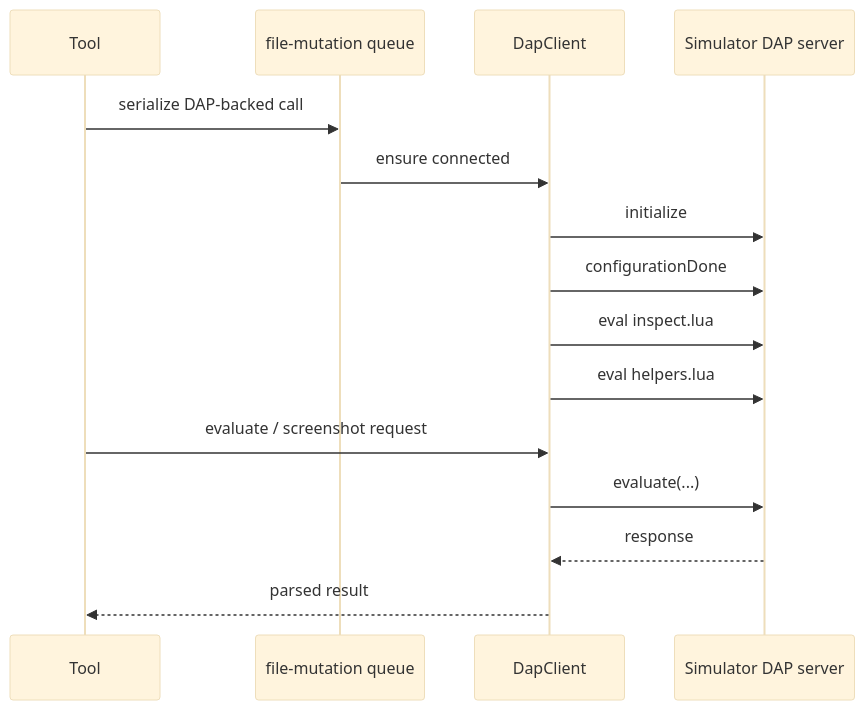
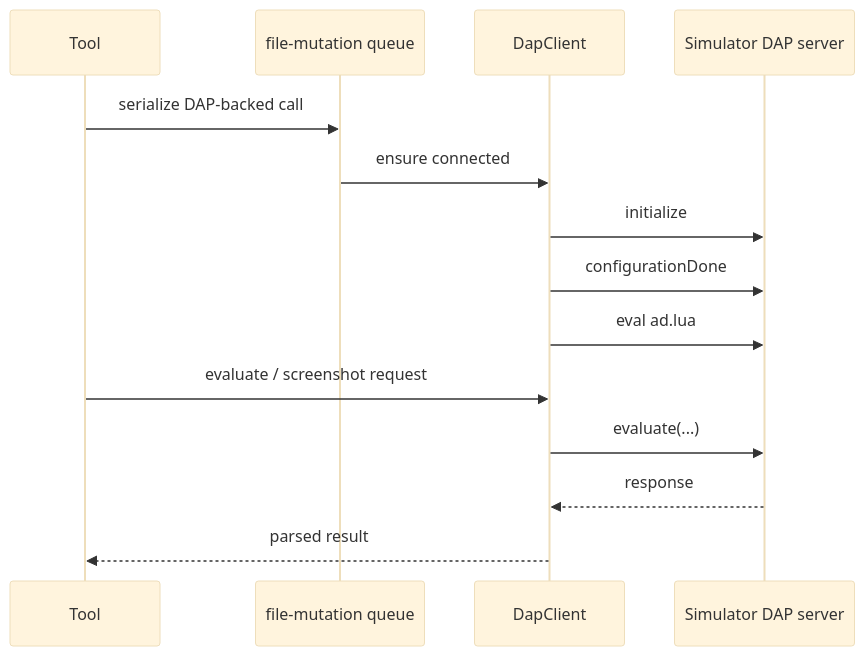
One commit to aliou/pi-playdate changed the diagram in docs/dap-protocol.md. Above: the diagram before and after it, drawn with Mermaid (base theme). The commit also changed other lines of this file and 14 other files, not shown here.

````diff
--- a/docs/dap-protocol.md
+++ b/docs/dap-protocol.md
@@ -36,18 +36,17 @@
 ```mermaid
 sequenceDiagram
     participant Tool as Tool
     participant Queue as file-mutation queue
     participant DAP as DapClient
     participant Sim as Simulator DAP server
 
     Tool->>Queue: serialize DAP-backed call
     Queue->>DAP: ensure connected
     DAP->>Sim: initialize
     DAP->>Sim: configurationDone
-    DAP->>Sim: eval inspect.lua
-    DAP->>Sim: eval helpers.lua
+    DAP->>Sim: eval ad.lua
     Tool->>DAP: evaluate / screenshot request
     DAP->>Sim: evaluate(...)
     Sim-->>DAP: response
     DAP-->>Tool: parsed result
 ```
````
